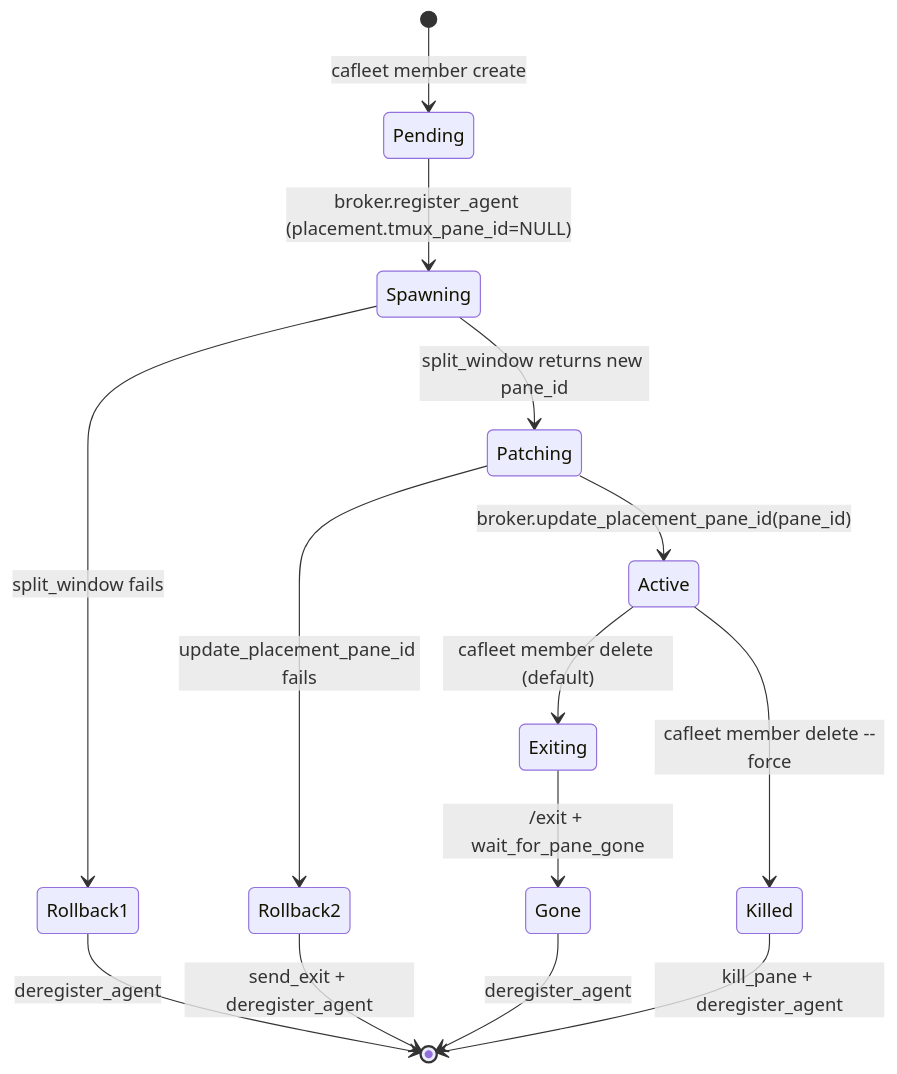
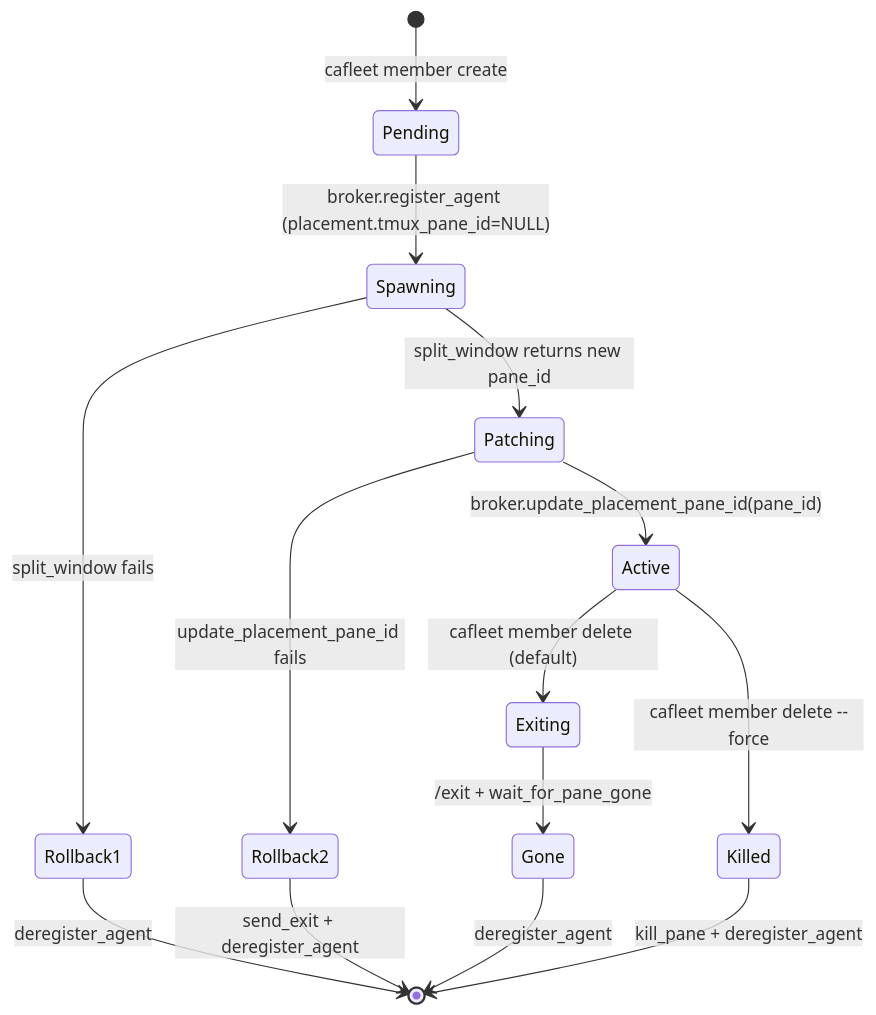
One commit to himkt/cafleet changed the diagram in docs/concepts/member-lifecycle.md. Above: the diagram before and after it, drawn with Mermaid. The commit also changed 4 other files, not shown here.

Commit message:
docs: bump Mermaid font sizes across 5 Concepts diagrams for readability

````diff
--- a/docs/concepts/member-lifecycle.md
+++ b/docs/concepts/member-lifecycle.md
@@ -19,19 +19,20 @@
 ```mermaid
+%%{init: {'theme': 'default', 'themeVariables': {'fontSize': '15px'}}}%%
 stateDiagram-v2
     [*] --> Pending: cafleet member create
     Pending --> Spawning: broker.register_agent (placement.tmux_pane_id=NULL)
     Spawning --> Patching: split_window returns new pane_id
     Patching --> Active: broker.update_placement_pane_id(pane_id)
 
     Spawning --> Rollback1: split_window fails
     Patching --> Rollback2: update_placement_pane_id fails
     Rollback1 --> [*]: deregister_agent
     Rollback2 --> [*]: send_exit + deregister_agent
 
     Active --> Exiting: cafleet member delete (default)
     Exiting --> Gone: /exit + wait_for_pane_gone
     Gone --> [*]: deregister_agent
 
     Active --> Killed: cafleet member delete --force
     Killed --> [*]: kill_pane + deregister_agent
 ```
````
